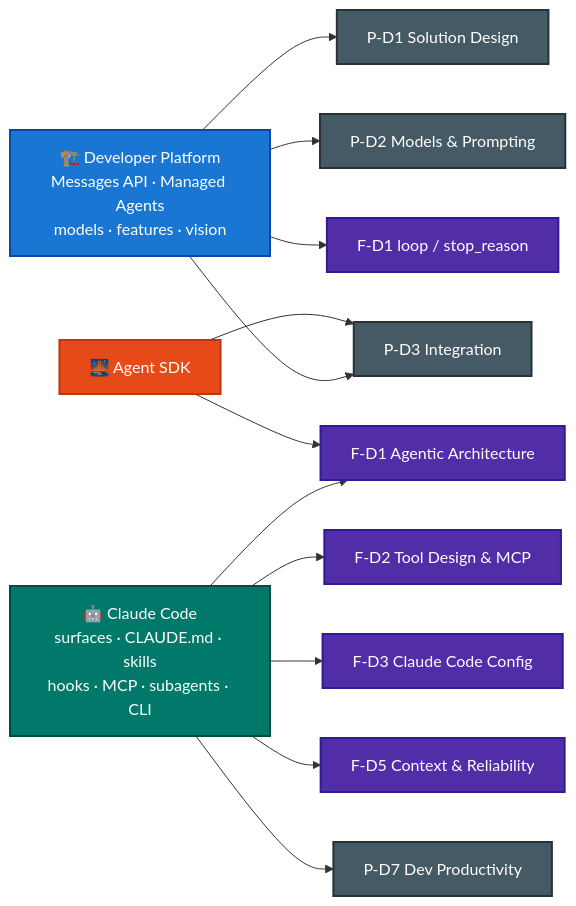
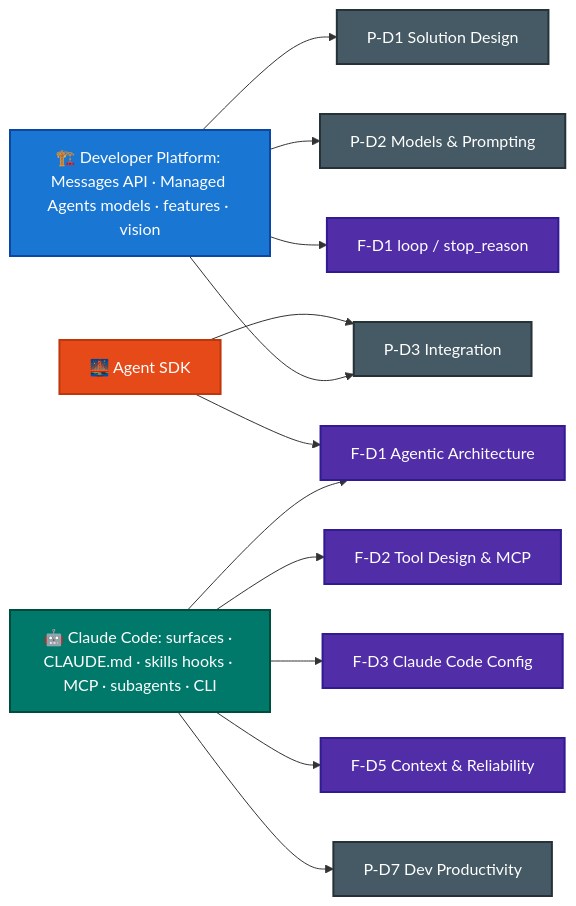
One commit to parmar-m/claude-architect-certification-prep changed the fourth of 4 diagrams in claude-stack.md. Above: the diagram before and after it, drawn with Mermaid. The commit also changed other lines of this file and 24 other files, not shown here.

Commit message:
fix html tags in mmd diagrams

````diff
--- a/claude-stack.md
+++ b/claude-stack.md
@@ -423,31 +425,31 @@
 ```mermaid
 flowchart LR
-    PLAT["🏗️ Developer Platform<br/>Messages API · Managed Agents<br/>models · features · vision"]
-    CC["🤖 Claude Code<br/>surfaces · CLAUDE.md · skills<br/>hooks · MCP · subagents · CLI"]
+    PLAT["🏗️ Developer Platform: Messages API · Managed Agents models · features · vision"]
+    CC["🤖 Claude Code: surfaces · CLAUDE.md · skills hooks · MCP · subagents · CLI"]
     SDK["🌉 Agent SDK"]
 
     PLAT --> PD1["P-D1 Solution Design"]
     PLAT --> PD2["P-D2 Models & Prompting"]
     PLAT --> PD3["P-D3 Integration"]
     PLAT --> FD1p["F-D1 loop / stop_reason"]
 
     CC --> FD1["F-D1 Agentic Architecture"]
     CC --> FD2["F-D2 Tool Design & MCP"]
     CC --> FD3["F-D3 Claude Code Config"]
     CC --> FD5["F-D5 Context & Reliability"]
     CC --> PD7["P-D7 Dev Productivity"]
 
     SDK --> FD1
     SDK --> PD3
 
     classDef plat fill:#1976D2,color:#fff,stroke:#0D47A1,stroke-width:2px
     classDef cc fill:#00796B,color:#fff,stroke:#004D40,stroke-width:2px
     classDef sdk fill:#E64A19,color:#fff,stroke:#BF360C,stroke-width:2px
     classDef domF fill:#512DA8,color:#fff,stroke:#311B92,stroke-width:2px
     classDef domP fill:#455A64,color:#fff,stroke:#263238,stroke-width:2px
     class PLAT plat
     class CC cc
     class SDK sdk
     class FD1,FD2,FD3,FD5,FD1p domF
     class PD1,PD2,PD3,PD7 domP
 ```
````
